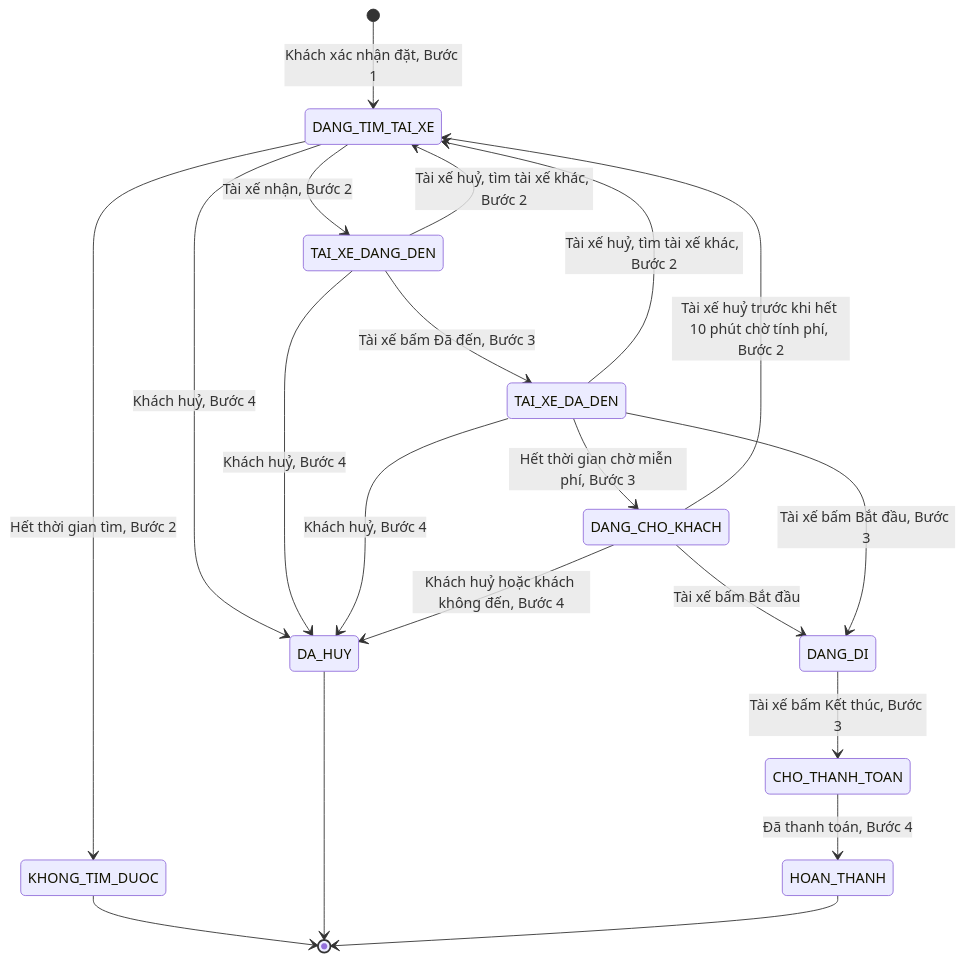
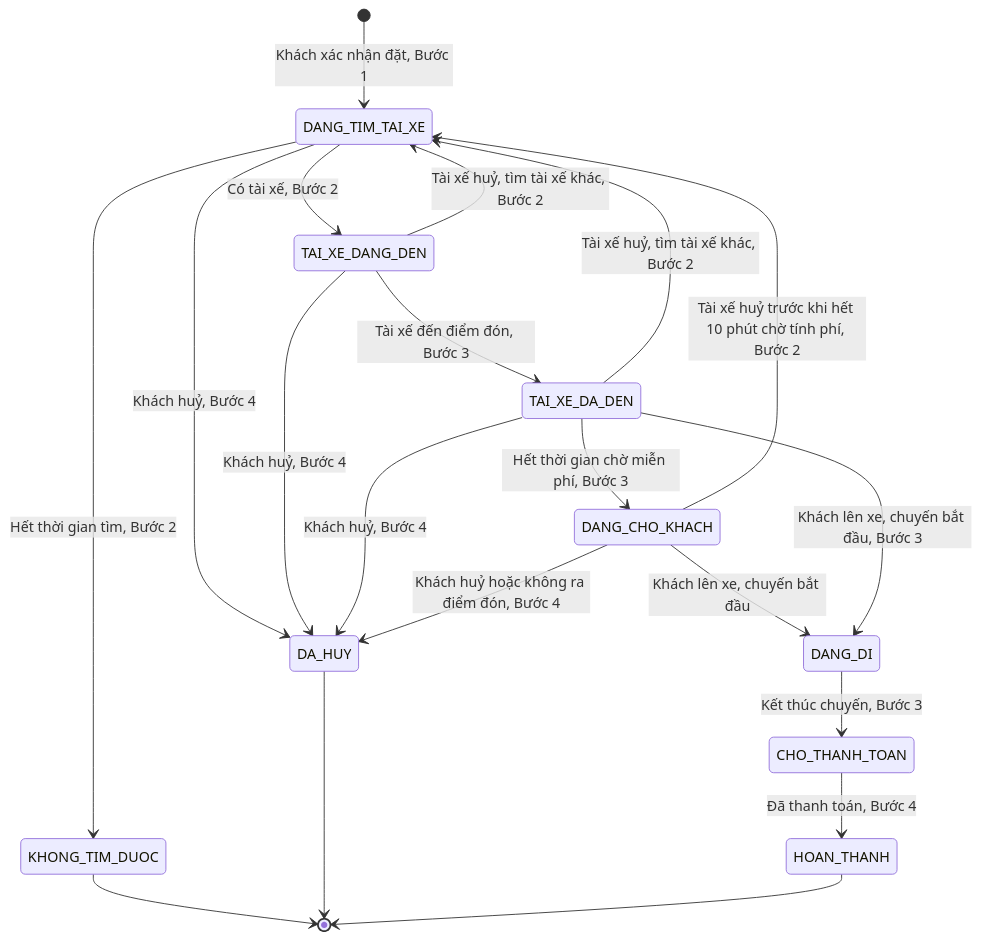
One commit to uxfoundation-vn/de05-dat-xe-cho-khach changed the first of 2 diagrams in README.md. Above: the diagram before and after it, drawn with Mermaid. The commit also changed other lines of this file and 2 other files, not shown here.

First line of the commit message:
Đề 5: chỉ giữ luồng của khách

````diff
--- a/README.md
+++ b/README.md
@@ -26,22 +26,22 @@
 ```mermaid
 stateDiagram-v2
   [*] --> DANG_TIM_TAI_XE : Khách xác nhận đặt, Bước 1
-  DANG_TIM_TAI_XE --> TAI_XE_DANG_DEN : Tài xế nhận, Bước 2
+  DANG_TIM_TAI_XE --> TAI_XE_DANG_DEN : Có tài xế, Bước 2
   DANG_TIM_TAI_XE --> KHONG_TIM_DUOC : Hết thời gian tìm, Bước 2
   DANG_TIM_TAI_XE --> DA_HUY : Khách huỷ, Bước 4
-  TAI_XE_DANG_DEN --> TAI_XE_DA_DEN : Tài xế bấm Đã đến, Bước 3
+  TAI_XE_DANG_DEN --> TAI_XE_DA_DEN : Tài xế đến điểm đón, Bước 3
   TAI_XE_DANG_DEN --> DANG_TIM_TAI_XE : Tài xế huỷ, tìm tài xế khác, Bước 2
   TAI_XE_DANG_DEN --> DA_HUY : Khách huỷ, Bước 4
   TAI_XE_DA_DEN --> DA_HUY : Khách huỷ, Bước 4
   TAI_XE_DA_DEN --> DANG_TIM_TAI_XE : Tài xế huỷ, tìm tài xế khác, Bước 2
   TAI_XE_DA_DEN --> DANG_CHO_KHACH : Hết thời gian chờ miễn phí, Bước 3
-  DANG_CHO_KHACH --> DANG_DI : Tài xế bấm Bắt đầu
-  TAI_XE_DA_DEN --> DANG_DI : Tài xế bấm Bắt đầu, Bước 3
-  DANG_CHO_KHACH --> DA_HUY : Khách huỷ hoặc khách không đến, Bước 4
+  DANG_CHO_KHACH --> DANG_DI : Khách lên xe, chuyến bắt đầu
+  TAI_XE_DA_DEN --> DANG_DI : Khách lên xe, chuyến bắt đầu, Bước 3
+  DANG_CHO_KHACH --> DA_HUY : Khách huỷ hoặc không ra điểm đón, Bước 4
   DANG_CHO_KHACH --> DANG_TIM_TAI_XE : Tài xế huỷ trước khi hết 10 phút chờ tính phí, Bước 2
-  DANG_DI --> CHO_THANH_TOAN : Tài xế bấm Kết thúc, Bước 3
+  DANG_DI --> CHO_THANH_TOAN : Kết thúc chuyến, Bước 3
   CHO_THANH_TOAN --> HOAN_THANH : Đã thanh toán, Bước 4
   KHONG_TIM_DUOC --> [*]
   DA_HUY --> [*]
   HOAN_THANH --> [*]
 ```
````
